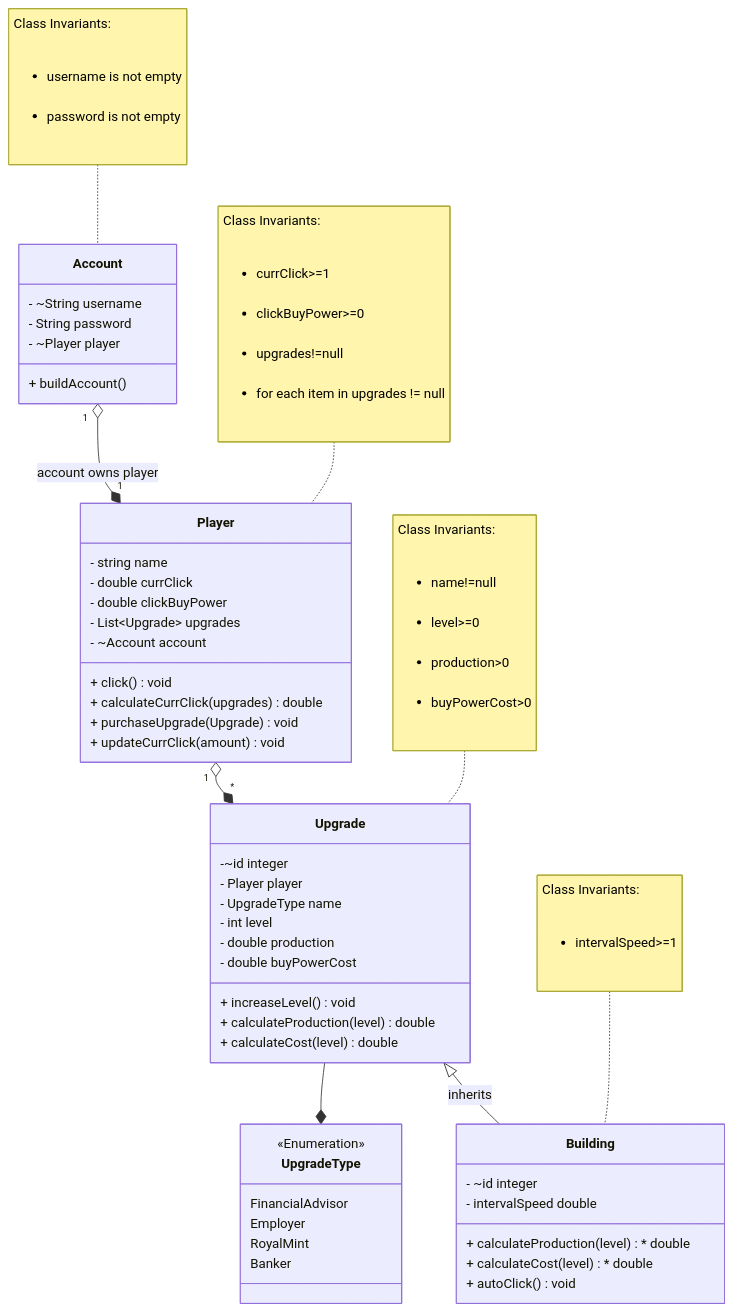
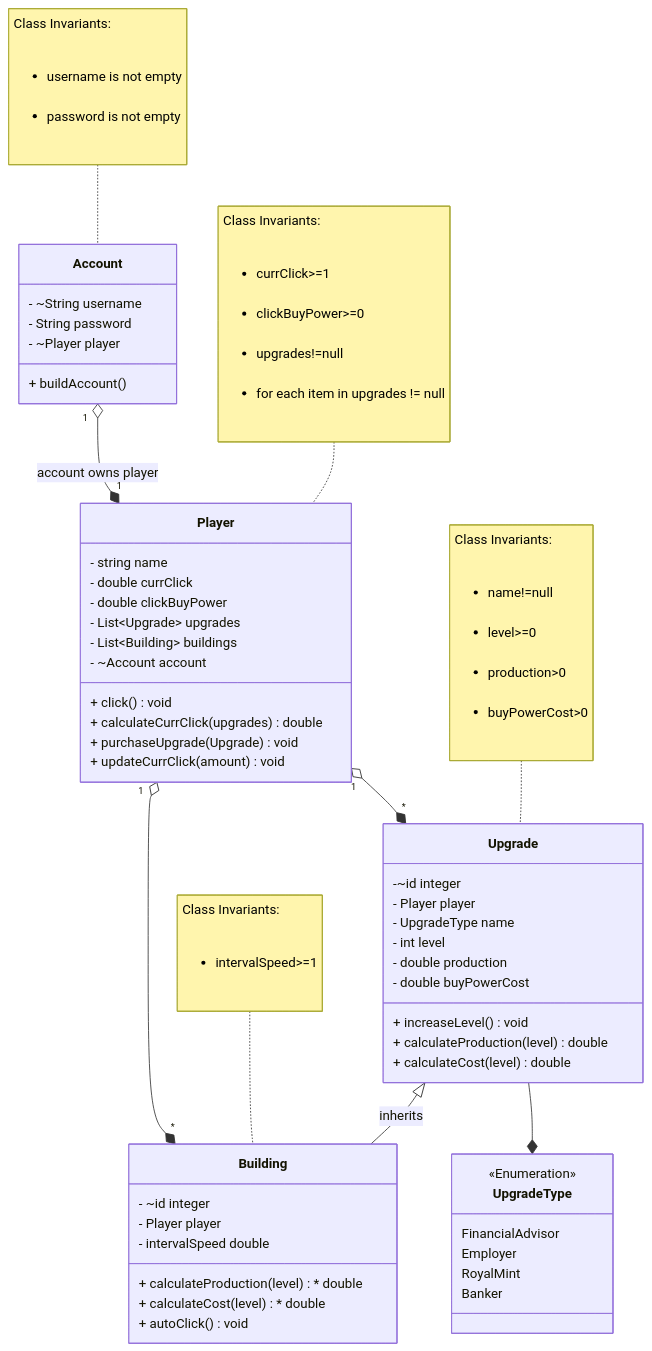
Before and after one commit to kaesotiric/money_clicker_game: the diagram in domain.md, drawn with Mermaid. The commit also changed 2 other files, not shown here.

Commit message:
Resubmission of Phase 2 Design

```diff
--- a/domain.md
+++ b/domain.md
@@ -13,7 +13,8 @@
     - string name
     - double currClick
     - double clickBuyPower
-    - List~Upgrade~ upgrades 
+    - List~Upgrade~ upgrades
+    - List~Building~ buildings
     - ~Account account
     + click() void
     + calculateCurrClick(upgrades) double
@@ -73,11 +74,14 @@
     Account "1" o--* "1" Player : account owns player
 %%    Player --> UpgradeType
     Upgrade --* UpgradeType
+    Player "1" o--* "*" Building
+    
 %%    Upgrade "1" o--* "1" Building
     
     
     class Building{
         - ~id integer
+        - Player player
         - intervalSpeed double
         + calculateProduction(level) * double 
         + calculateCost(level) * double
```
